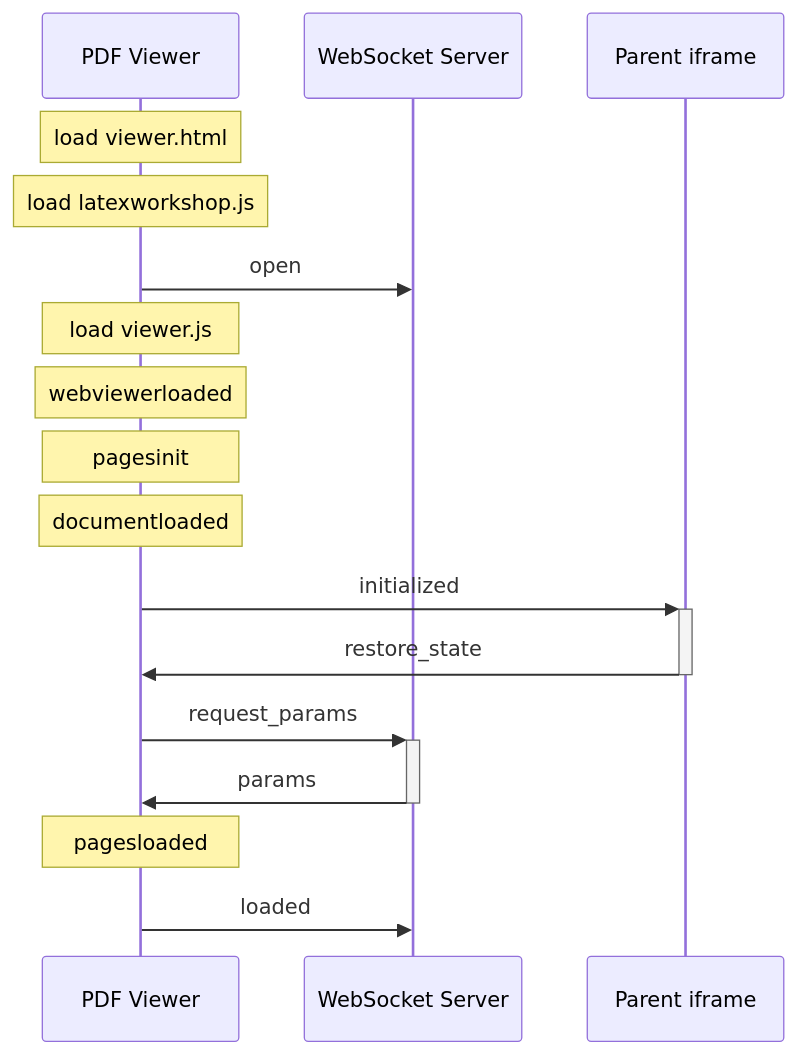
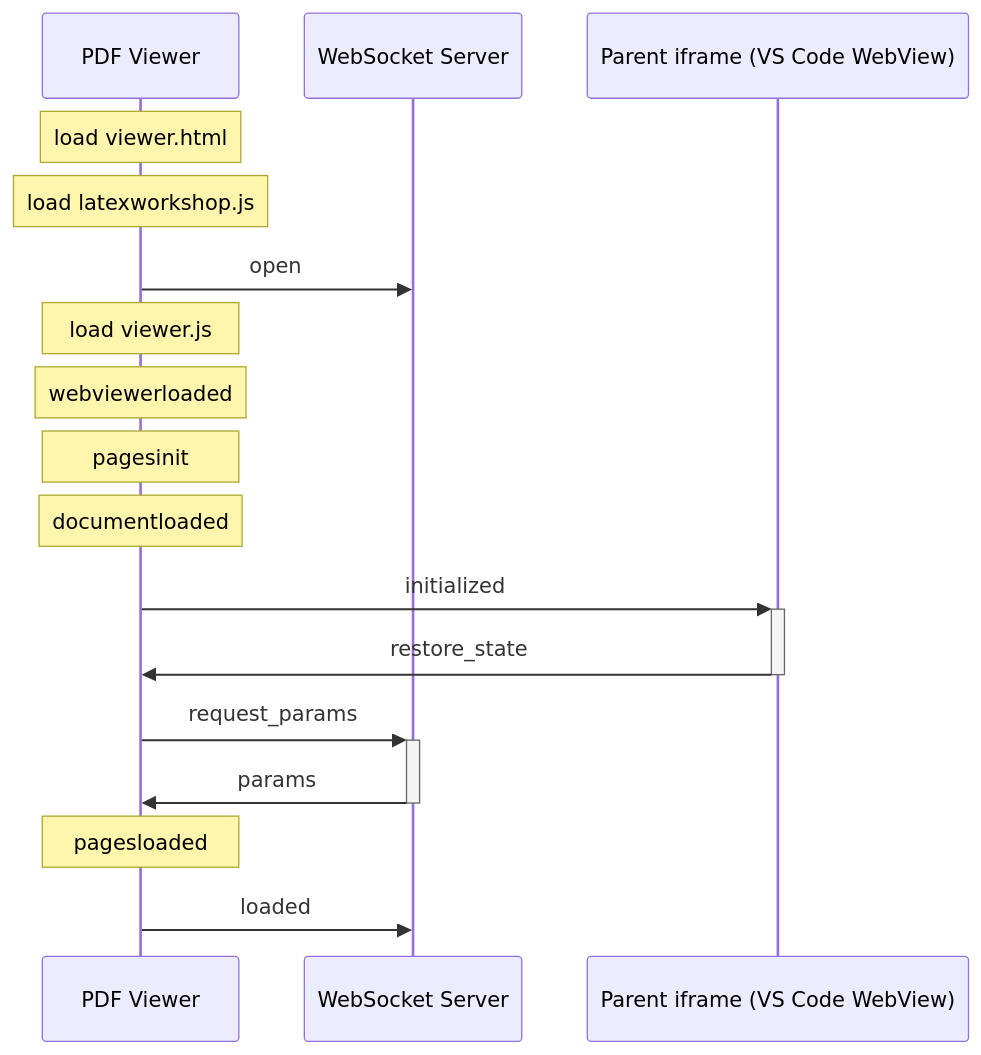
The third of 7 diagrams in viewer/README.md (James-Yu/LaTeX-Workshop), drawn with Mermaid before and after one commit. The commit also changed other lines of this file, not shown here.

Commit message:
Edit diagrams [skip ci]

````diff
--- a/viewer/README.md
+++ b/viewer/README.md
@@ -108,19 +108,19 @@
 ```mermaid
 sequenceDiagram
   participant Viewer as PDF Viewer
   participant Server as WebSocket Server
-  participant Iframe as Parent iframe
+  participant Iframe as Parent iframe (VS Code WebView)
   Note over Viewer: load viewer.html
   Note over Viewer: load latexworkshop.js
   Viewer->>Server: open
   Note over Viewer: load viewer.js
   Note over Viewer: webviewerloaded
   Note over Viewer: pagesinit
   Note over Viewer: documentloaded
   Viewer->>+Iframe: initialized
   Iframe->>-Viewer: restore_state
   Viewer->>+Server: request_params
   Server->>-Viewer: params
   Note over Viewer: pagesloaded
   Viewer->>Server: loaded
 ```
````
